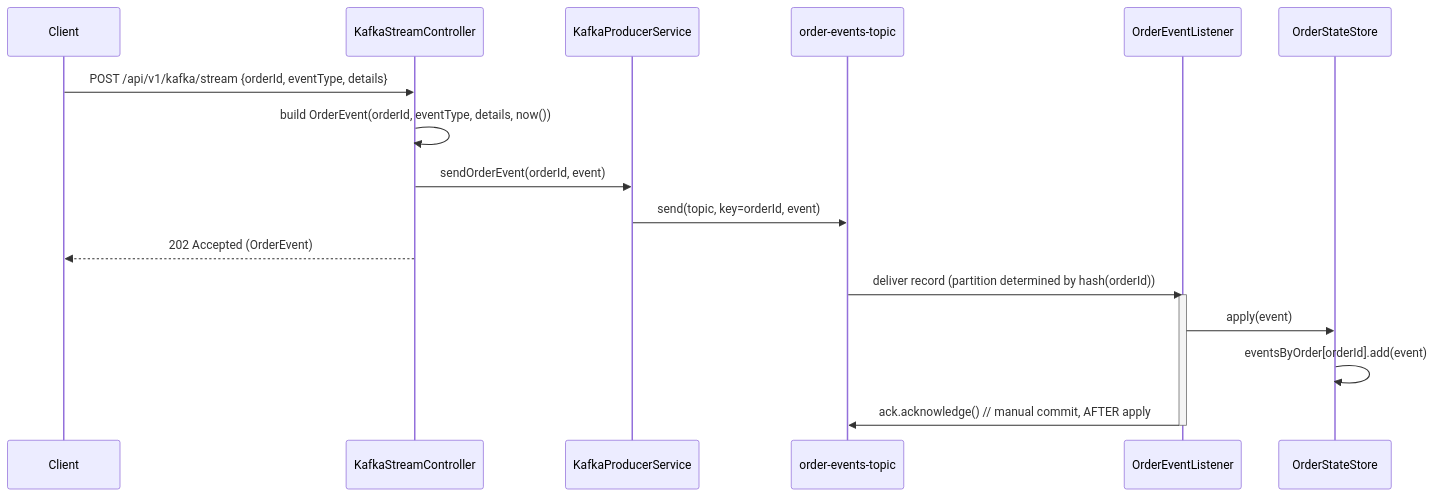
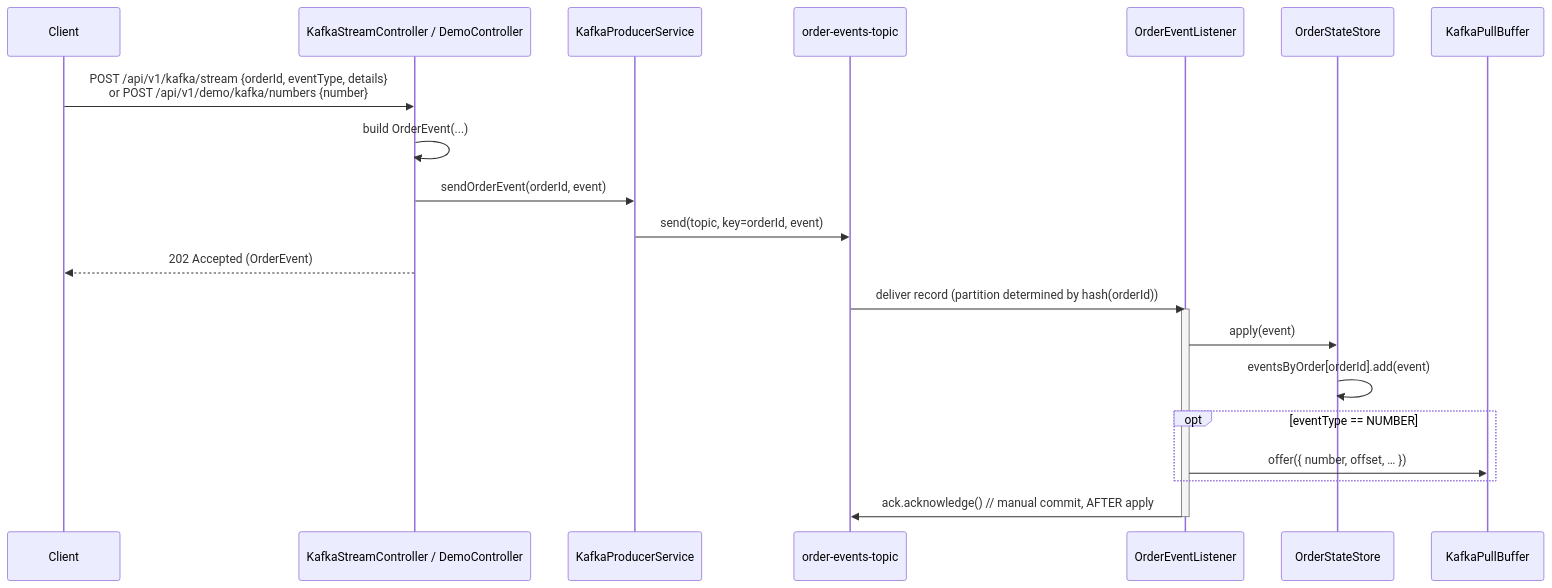
Before and after one commit to manydogs23/Kafka: the fourth of 5 diagrams in docs/ARCHITECTURE.md, drawn with Mermaid. The commit also changed other lines of this file and 88 other files, not shown here.

````diff
--- a/docs/ARCHITECTURE.md
+++ b/docs/ARCHITECTURE.md
@@ -144,22 +170,26 @@
 ```mermaid
 sequenceDiagram
     participant C as Client
-    participant Ctrl as KafkaStreamController
+    participant Ctrl as KafkaStreamController / DemoController
     participant P as KafkaProducerService
     participant K as order-events-topic
     participant L as OrderEventListener
     participant S as OrderStateStore
+    participant Buf as KafkaPullBuffer
 
-    C->>Ctrl: POST /api/v1/kafka/stream {orderId, eventType, details}
-    Ctrl->>Ctrl: build OrderEvent(orderId, eventType, details, now())
+    C->>Ctrl: POST /api/v1/kafka/stream {orderId, eventType, details}<br/>or POST /api/v1/demo/kafka/numbers {number}
+    Ctrl->>Ctrl: build OrderEvent(...)
     Ctrl->>P: sendOrderEvent(orderId, event)
     P->>K: send(topic, key=orderId, event)
     Ctrl-->>C: 202 Accepted (OrderEvent)
 
     K->>L: deliver record (partition determined by hash(orderId))
     activate L
     L->>S: apply(event)
     S->>S: eventsByOrder[orderId].add(event)
+    opt eventType == NUMBER
+        L->>Buf: offer({ number, offset, … })
+    end
     L->>K: ack.acknowledge()  // manual commit, AFTER apply
     deactivate L
 ```
````
